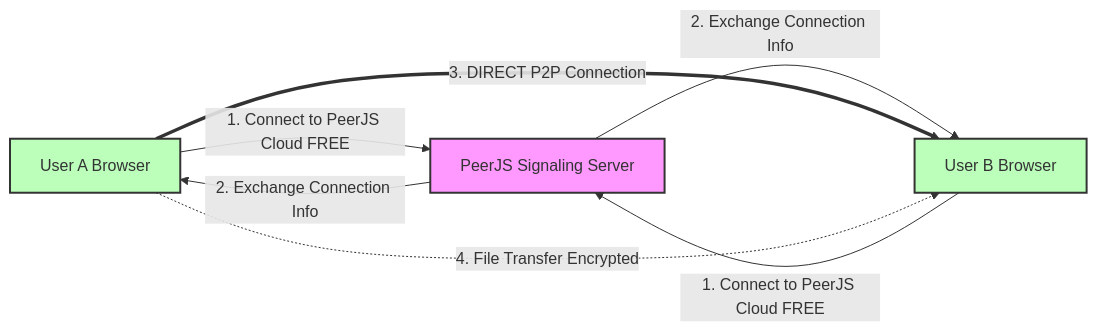
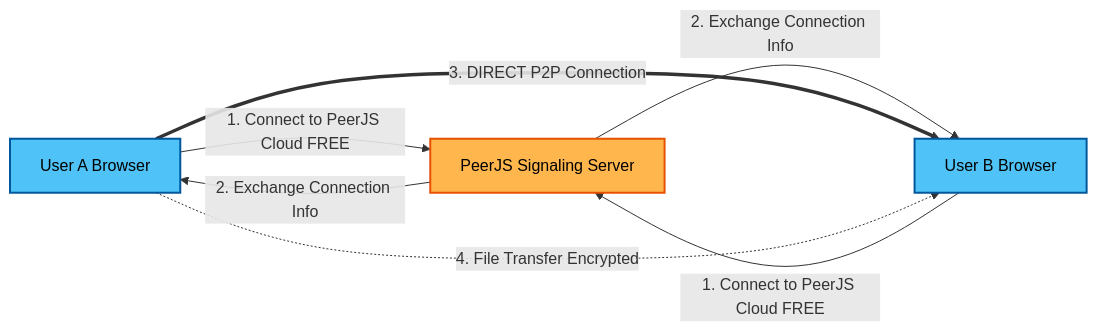
The diagram in README.md (AnantaLabs-OSS/Sharenrypt), drawn with Mermaid before and after one commit. The commit also changed other lines of this file and 18 other files, not shown here.

````diff
--- a/README.md
+++ b/README.md
@@ -90,13 +91,13 @@
 ```mermaid
 graph LR
     A[User A Browser] -->|1. Connect to PeerJS Cloud FREE| S[PeerJS Signaling Server]
     B[User B Browser] -->|1. Connect to PeerJS Cloud FREE| S
     S -->|2. Exchange Connection Info| A
     S -->|2. Exchange Connection Info| B
     A ==>|3. DIRECT P2P Connection| B
     A -.->|4. File Transfer Encrypted| B
     
-    style S fill:#f9f,stroke:#333,stroke-width:2px
-    style A fill:#bfb,stroke:#333,stroke-width:2px
-    style B fill:#bfb,stroke:#333,stroke-width:2px
+    style S fill:#FFB74D,stroke:#E65100,stroke-width:2px,color:#000
+    style A fill:#4FC3F7,stroke:#01579B,stroke-width:2px,color:#000
+    style B fill:#4FC3F7,stroke:#01579B,stroke-width:2px,color:#000
 ```
````
